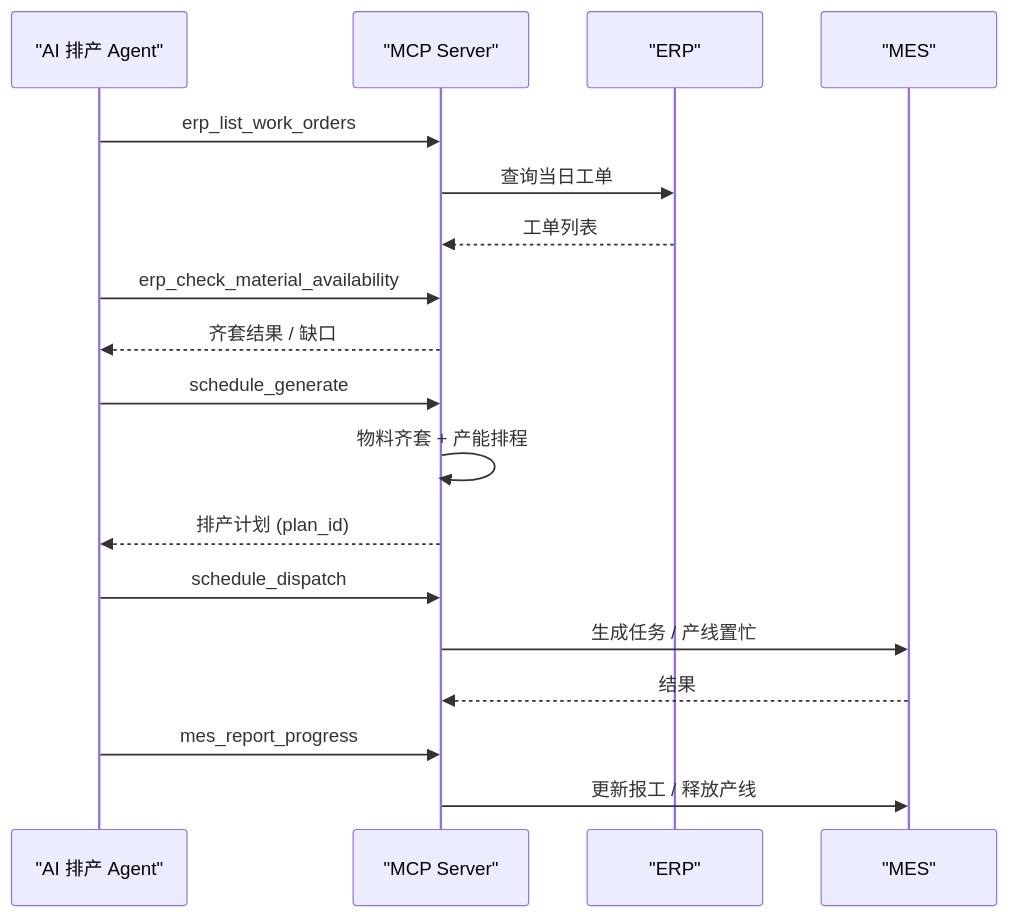
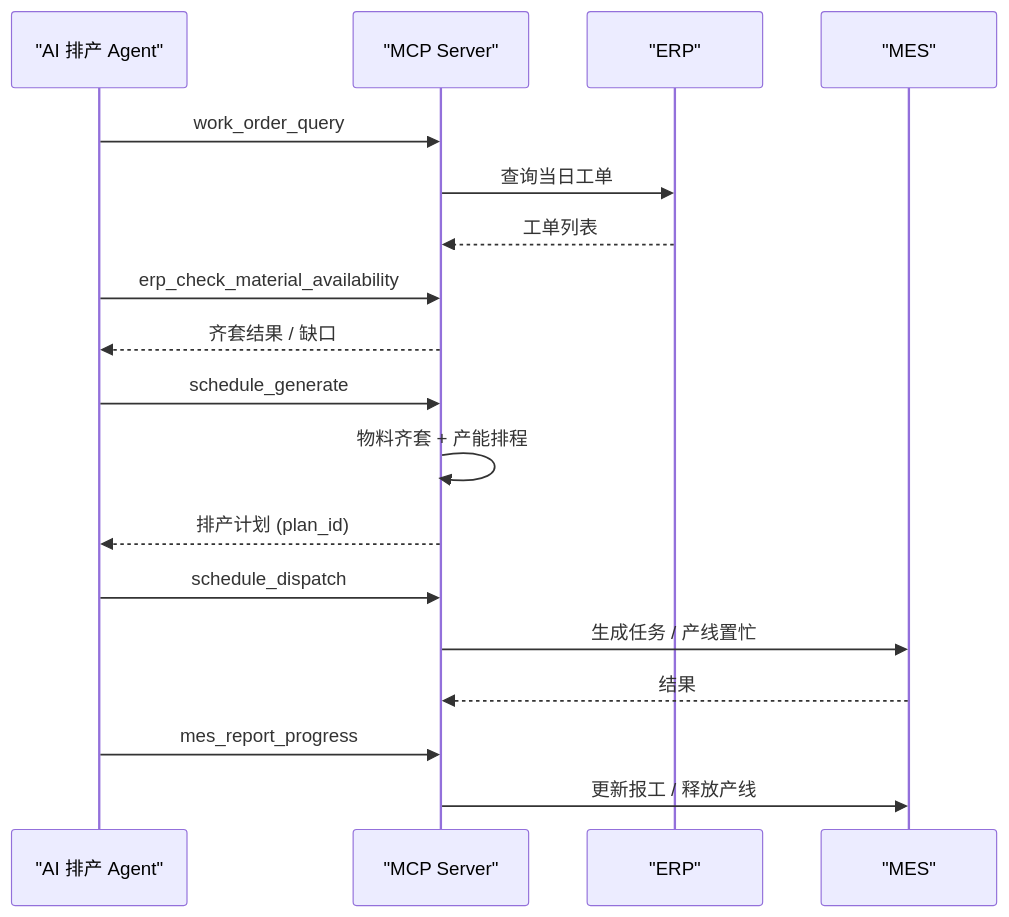
One commit to liliangxing/agent changed the second of 2 diagrams in README.md. Above: the diagram before and after it, drawn with Mermaid. The commit also changed other lines of this file and 16 other files, not shown here.

````diff
--- a/README.md
+++ b/README.md
@@ -70,20 +79,20 @@
 ```mermaid
 sequenceDiagram
     participant Agent as "AI 排产 Agent"
     participant S as "MCP Server"
     participant ER as "ERP"
     participant ME as "MES"
-    Agent->>S: erp_list_work_orders
+    Agent->>S: work_order_query
     S->>ER: 查询当日工单
     ER-->>S: 工单列表
     Agent->>S: erp_check_material_availability
     S-->>Agent: 齐套结果 / 缺口
     Agent->>S: schedule_generate
     S->>S: 物料齐套 + 产能排程
     S-->>Agent: 排产计划 (plan_id)
     Agent->>S: schedule_dispatch
     S->>ME: 生成任务 / 产线置忙
     ME-->>S: 结果
     Agent->>S: mes_report_progress
     S->>ME: 更新报工 / 释放产线
 ```
````
